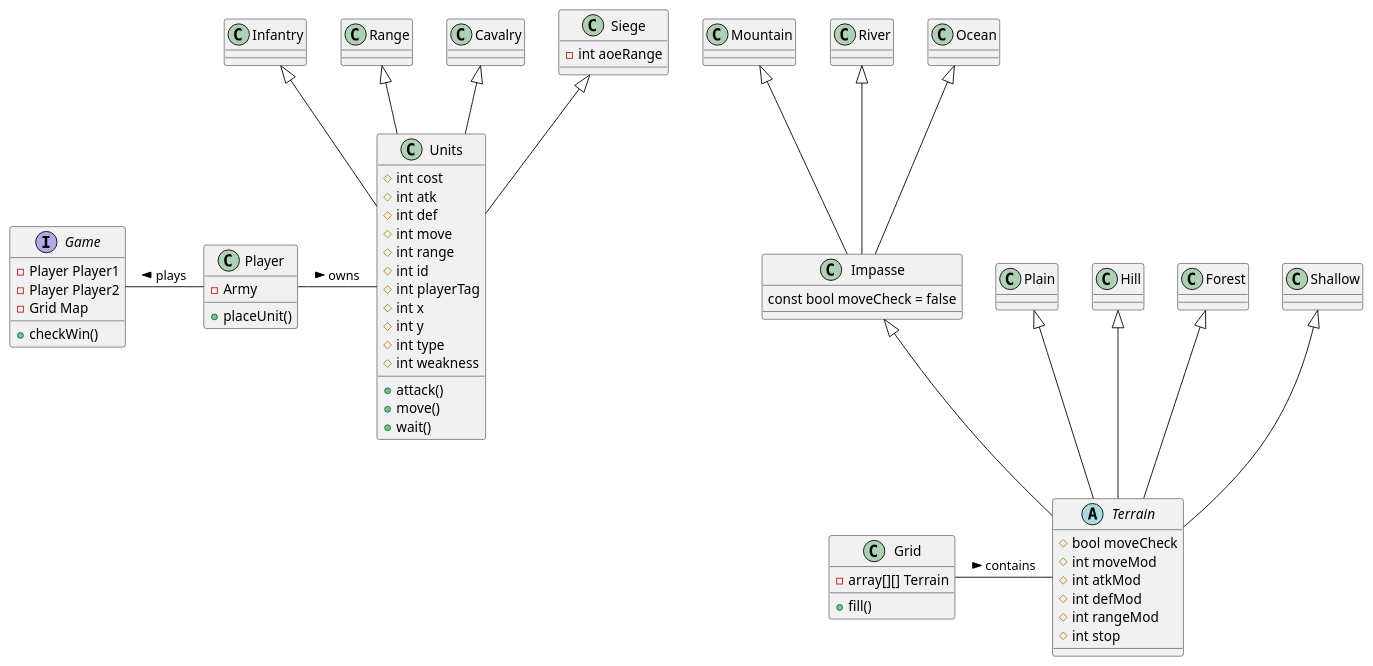
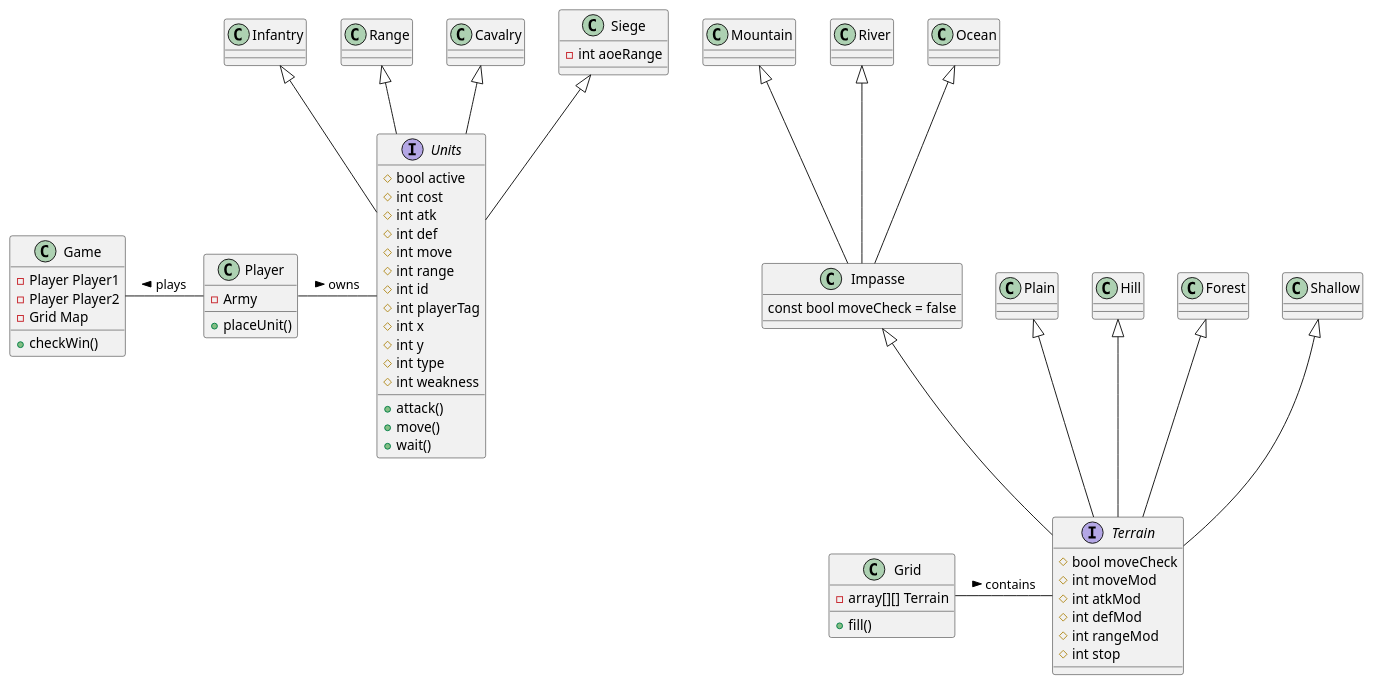
The diagram in Documentation/primitive-conflict.wsd (MrDreiPner/ITP2_PC_Game), drawn with PlantUML before and after one commit. The commit also changed 4 other files, not shown here.

```diff
--- a/Documentation/primitive-conflict.wsd
+++ b/Documentation/primitive-conflict.wsd
@@ -1,84 +1,85 @@
 @startuml primCon 
 
-class Units {
+interface Units {
+    #bool active
     #int cost
     #int atk 
     #int def 
     #int move
     #int range 
     #int id
     #int playerTag
     #int x 
     #int y 
     #int type
     #int weakness
     +attack()
     +move()
     +wait()
 }
 
 class Infantry 
 class Range 
 class Cavalry
 class Siege{
     -int aoeRange
 }
 
-abstract class Terrain{
+interface Terrain{
     #bool moveCheck
     #int moveMod
     #int atkMod
     #int defMod 
     #int rangeMod
     #int stop
 }
 
 
 class Impasse{
     const bool moveCheck = false
 }
 class Plain
 class Mountain
 class Hill
 class Forest
 class Shallow
 class River
 class Ocean
 
 class Grid{
     -array[][] Terrain 
     +fill()
 }
 
 class Player{
     -Army
     +placeUnit()
 }
 
-interface Game{
+class Game{
     -Player Player1
     -Player Player2
     -Grid Map
     +checkWin()
 }
 
 Player - Units : owns >
 Grid - Terrain : contains >
 Game - Player : plays <
 
 
 Infantry <|-- Units
 Range <|-- Units
 Cavalry <|-- Units
 Siege <|-- Units
 
 Impasse <|-- Terrain
 Plain <|-- Terrain
 Mountain <|-- Impasse
 Hill <|-- Terrain
 Forest <|-- Terrain
 Shallow <|-- Terrain
 River <|-- Impasse
 Ocean <|-- Impasse
 
 @enduml
```
